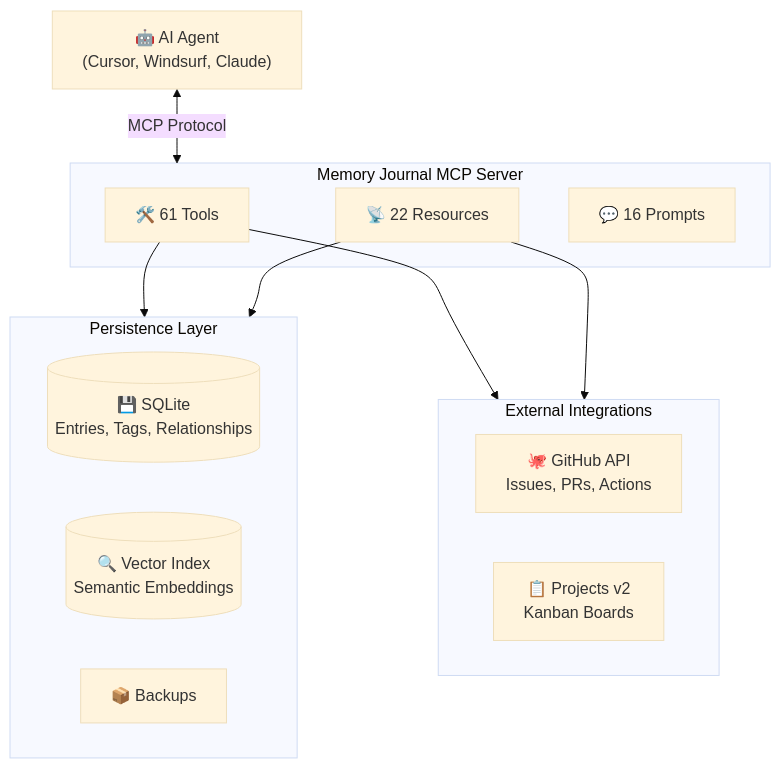
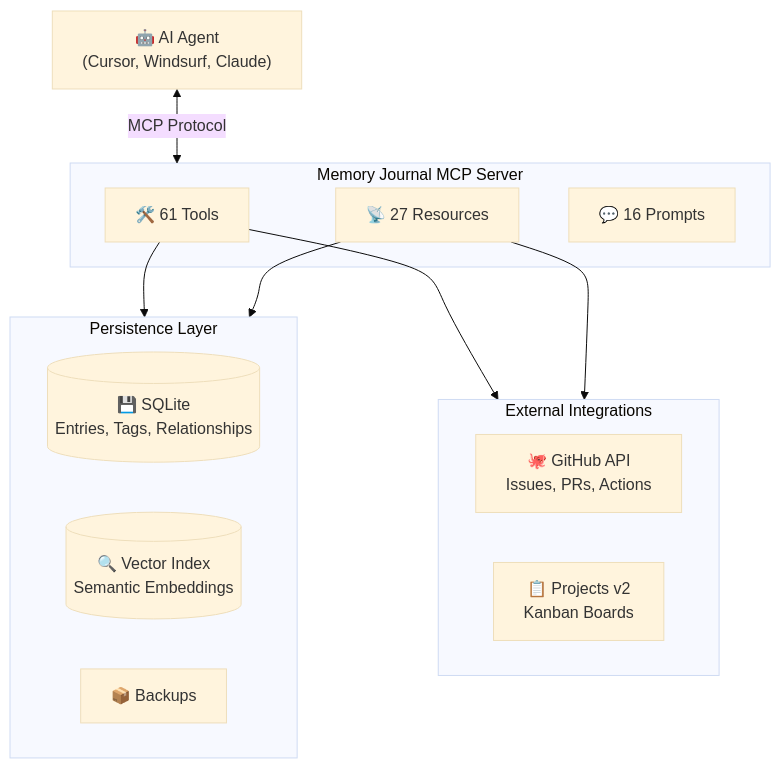
One commit to neverinfamous/memory-journal-mcp changed the second of 2 diagrams in README.md. Above: the diagram before and after it, drawn with Mermaid (base theme). The commit also changed other lines of this file and 20 other files, not shown here.

````diff
--- a/README.md
+++ b/README.md
@@ -567,27 +569,27 @@
 ```mermaid
 flowchart TB
     AI["🤖 AI Agent<br/>(Cursor, Windsurf, Claude)"]
 
     subgraph MCP["Memory Journal MCP Server"]
         Tools["🛠️ 61 Tools"]
-        Resources["📡 22 Resources"]
+        Resources["📡 27 Resources"]
         Prompts["💬 16 Prompts"]
     end
 
     subgraph Storage["Persistence Layer"]
         SQLite[("💾 SQLite<br/>Entries, Tags, Relationships")]
         Vector[("🔍 Vector Index<br/>Semantic Embeddings")]
         Backups["📦 Backups"]
     end
 
     subgraph External["External Integrations"]
         GitHub["🐙 GitHub API<br/>Issues, PRs, Actions"]
         Kanban["📋 Projects v2<br/>Kanban Boards"]
     end
 
     AI <-->|"MCP Protocol"| MCP
     Tools --> Storage
     Tools --> External
     Resources --> Storage
     Resources --> External
 ```
````
